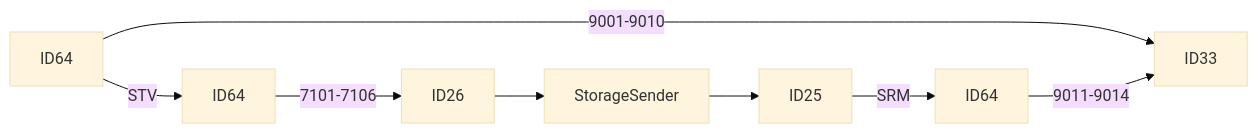
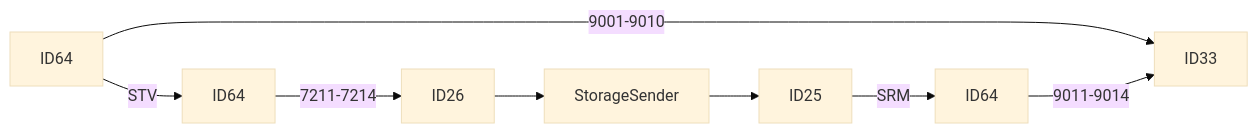
One commit to luthfiadityaa/SimeDarby-Wiki changed the third of 24 diagrams in Basic-Design/DFD-WMS/Storage/Unplanned-Storage/Unplanned-Storage-from-OP-Area.md. Above: the diagram before and after it, drawn with Mermaid (base theme).

Commit message:
Updated Unplanned Storage from OP Area

```diff
--- a/Basic-Design/DFD-WMS/Storage/Unplanned-Storage/Unplanned-Storage-from-OP-Area.md
+++ b/Basic-Design/DFD-WMS/Storage/Unplanned-Storage/Unplanned-Storage-from-OP-Area.md
@@ -30,7 +30,7 @@
 ::: mermaid
 flowchart LR 
-P18[ID64]--> |STV| P19[ID64]--> |7101-7106| P20[ID26]-->P21[StorageSender]-->P22[ID25]--> |SRM| P23[ID64]
+P18[ID64]--> |STV| P19[ID64]--> |7211-7214| P20[ID26]-->P21[StorageSender]-->P22[ID25]--> |SRM| P23[ID64]
 
 P18[ID64]--> |9001-9010| P14[ID33]
 P23[ID64]--> |9011-9014|P14[ID33]
 :::
```
